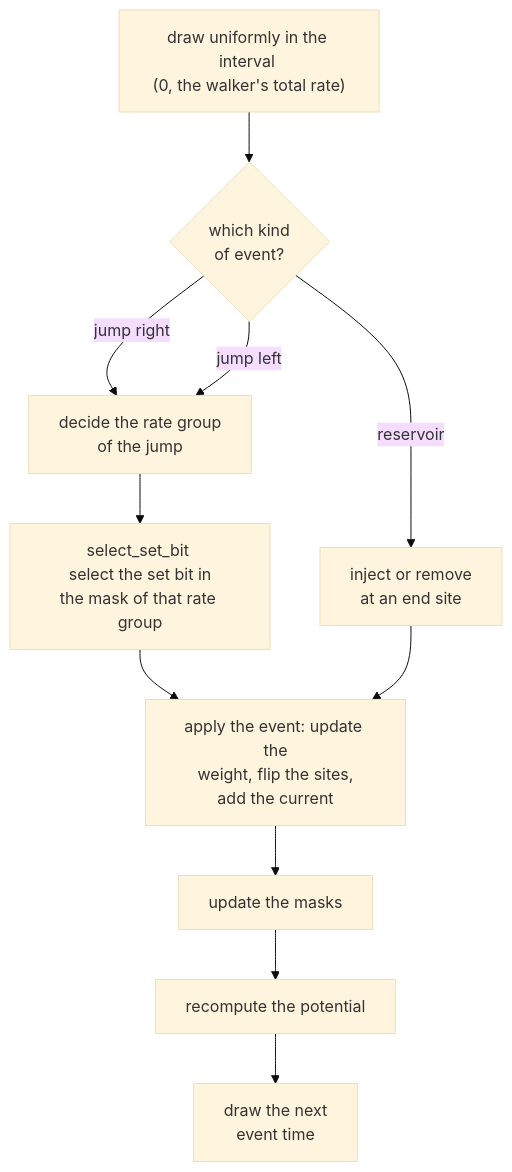
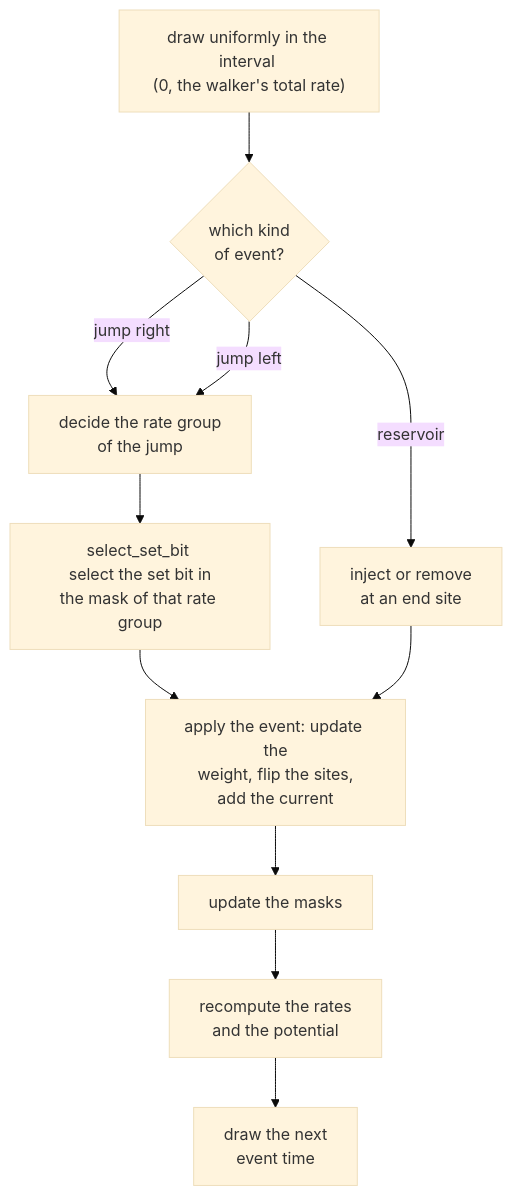
The third of 3 diagrams in Simulator/docs/SIMULATION_FLOW.md (jcosta99/Rare-Events-Simulator), drawn with Mermaid (base theme) before and after one commit. The commit also changed other lines of this file and 2 other files, not shown here.

Commit message:
Drop the algorithm flow chart from the notes
The notes and SIMULATION_FLOW.md both drew the cloning loop, and the markdown
one is the better chart: it shows the loop for the three mechanisms at once
rather than drawing what they share in black and annotating the differences,
so where they diverge and where they rejoin can be read off directly.

The TikZ figure is removed and the sentence that introduced it now points at
that chart instead. The colour definitions stay, since the text and the boxed
procedure still use them.

Removing a figure renumbers the two that followed it: the scaling figures are
now 5 and 6 rather than 6 and 7, so the sentence in SIMULATION_FLOW.md that
cites them by number is corrected, and the PDF is rebuilt. It loses a page,
going from twenty to nineteen.

````diff
--- a/Simulator/docs/SIMULATION_FLOW.md
+++ b/Simulator/docs/SIMULATION_FLOW.md
@@ -111,14 +111,14 @@
 ```mermaid
 flowchart TD
     draw["draw uniformly in the interval <br/>(0, the walker's total rate)"] --> dir{"which kind<br/>of event?"}
     dir -->|"jump right"| cls["decide the rate group<br/>of the jump"]
     dir -->|"jump left"| cls
     dir -->|"reservoir"| bnd["inject or remove<br/>at an end site"]
     cls --> pick["select_set_bit <br/>select the set bit in<br/>the mask of that rate group"]
     pick --> apply
     bnd --> apply
     apply["apply the event: update the<br/>weight, flip the sites,<br/>add the current"]
     apply --> masks["update the masks"]
-    masks --> rate["recompute the potential"]
+    masks --> rate["recompute the rates<br/>and the potential"]
     rate --> wait["draw the next<br/>event time"]
 ```
````
